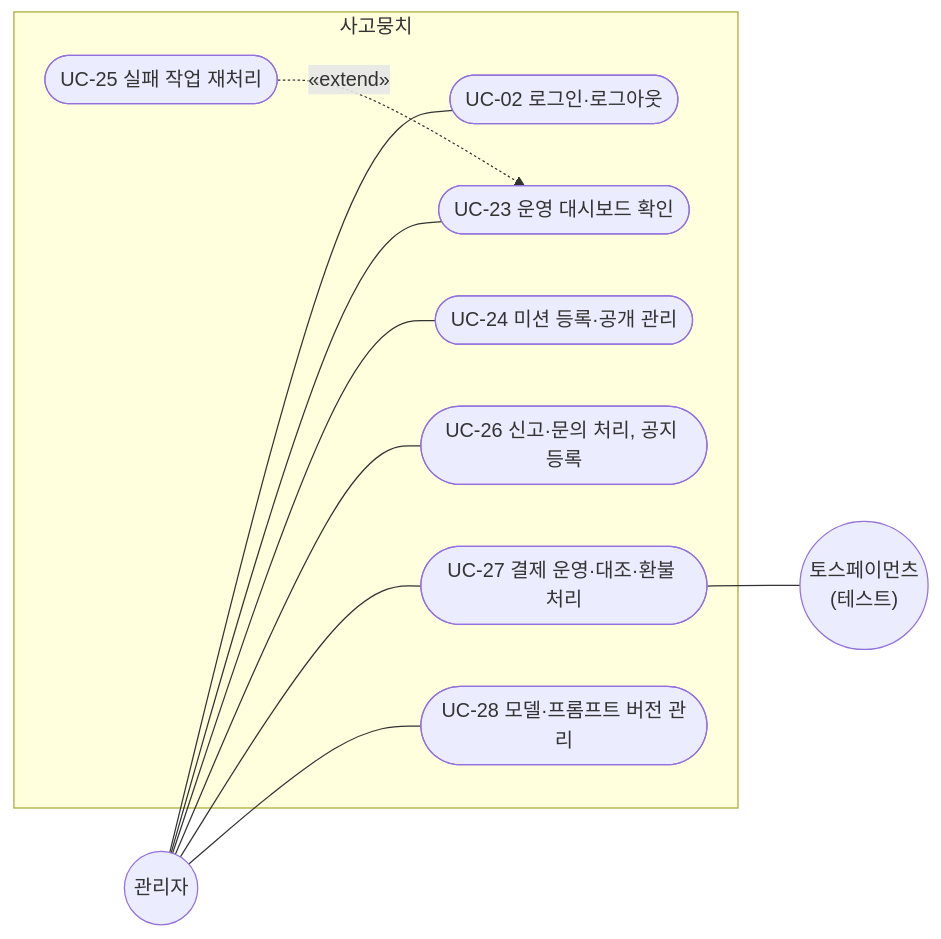
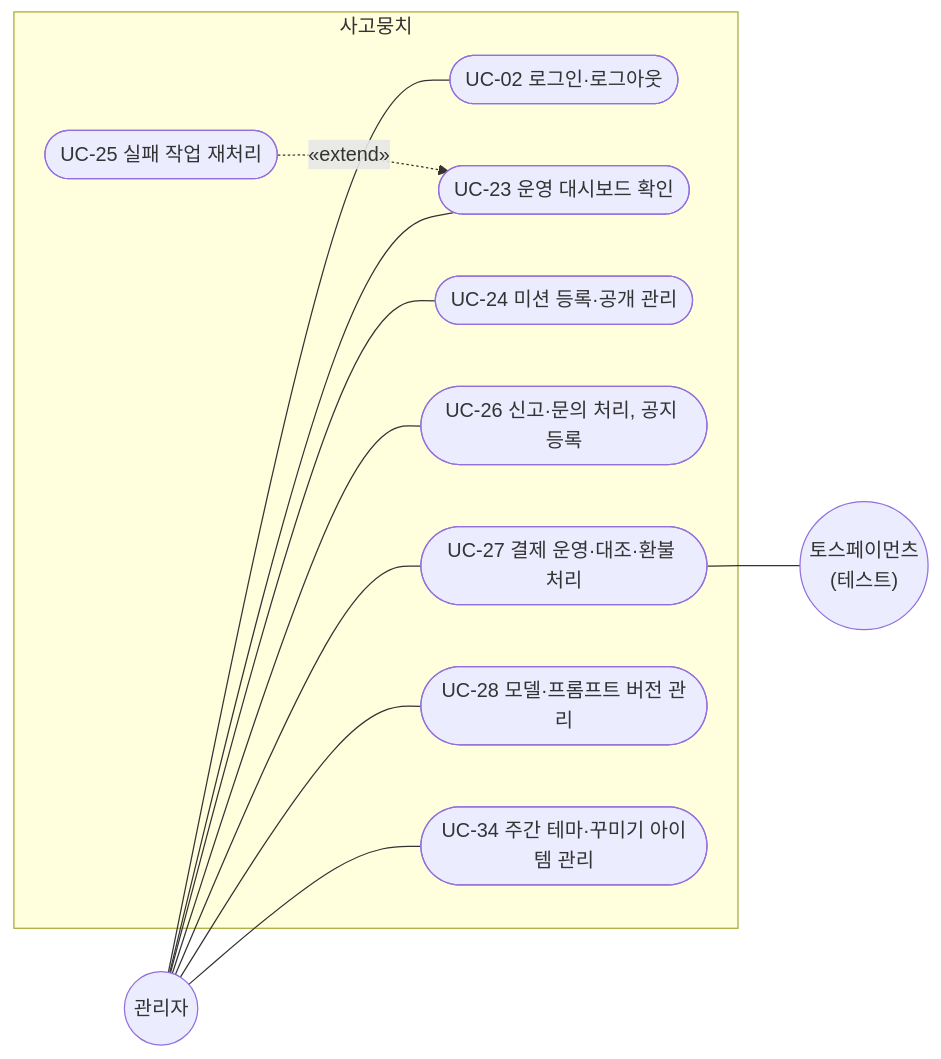
One commit to SKNETWORKS-FAMILY-AICAMP/SKN34-FINAL-3TEAM changed the fourth of 5 diagrams in docs/design/usecase.md. Above: the diagram before and after it, drawn with Mermaid. The commit also changed other lines of this file and 20 other files, not shown here.

````diff
--- a/docs/design/usecase.md
+++ b/docs/design/usecase.md
@@ -147,24 +167,27 @@
 ```mermaid
 flowchart LR
   ADM(("관리자"))
   PG(("토스페이먼츠<br/>(테스트)"))
 
   subgraph SYS["사고뭉치"]
     UC02(["UC-02 로그인·로그아웃"])
     UC23(["UC-23 운영 대시보드 확인"])
     UC24(["UC-24 미션 등록·공개 관리"])
     UC25(["UC-25 실패 작업 재처리"])
     UC26(["UC-26 신고·문의 처리, 공지 등록"])
     UC27(["UC-27 결제 운영·대조·환불 처리"])
     UC28(["UC-28 모델·프롬프트 버전 관리"])
+    UC34(["UC-34 주간 테마·꾸미기 아이템 관리"])
   end
+
+  ADM --- UC34
 
   ADM --- UC02
   ADM --- UC23
   ADM --- UC24
   ADM --- UC26
   ADM --- UC27
   ADM --- UC28
   UC25 -.->|"«extend»"| UC23
   UC27 --- PG
 ```
````
